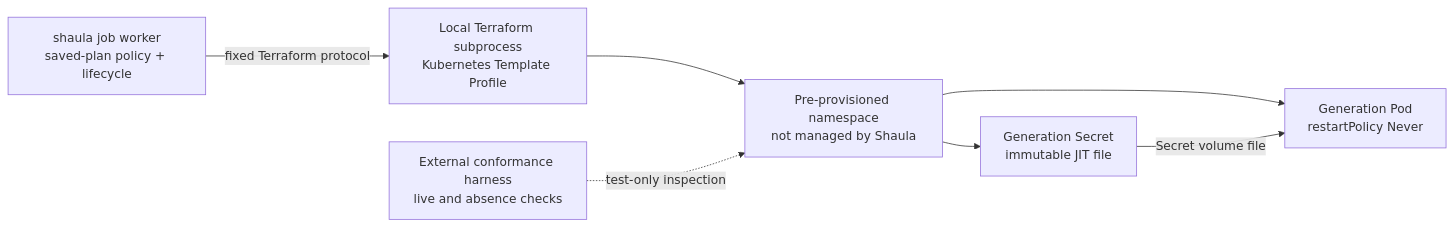
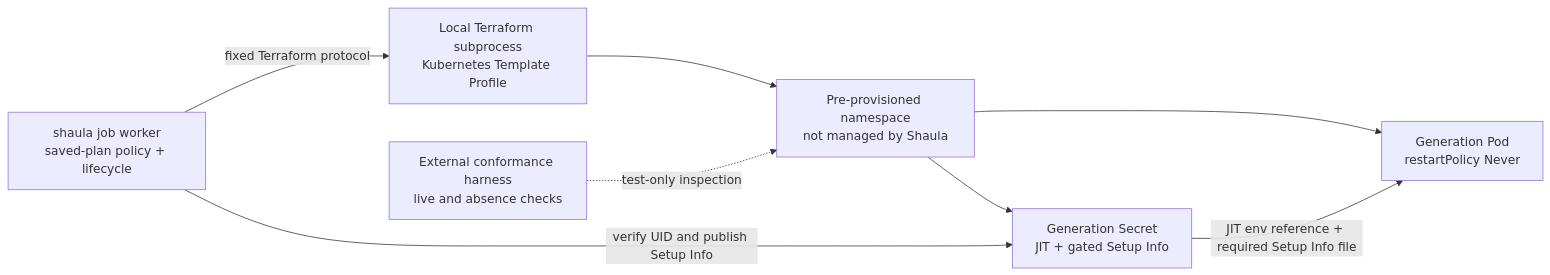
Before and after one commit to 5aaee9/shaula: the diagram in docs/specs/0003-kubernetes-runner-resource.md, drawn with Mermaid. The commit also changed other lines of this file and 97 other files, not shown here.

````diff
--- a/docs/specs/0003-kubernetes-runner-resource.md
+++ b/docs/specs/0003-kubernetes-runner-resource.md
@@ -23,16 +21,17 @@
 ```mermaid
 flowchart LR
     Core["shaula job worker<br/>saved-plan policy + lifecycle"]
     TF["Local Terraform subprocess<br/>Kubernetes Template Profile"]
     Namespace["Pre-provisioned namespace<br/>not managed by Shaula"]
-    Secret["Generation Secret<br/>immutable JIT file"]
+    Secret["Generation Secret<br/>JIT + gated Setup Info"]
     Pod["Generation Pod<br/>restartPolicy Never"]
     Harness["External conformance harness<br/>live and absence checks"]
 
     Core -->|"fixed Terraform protocol"| TF
     TF --> Namespace
     Namespace --> Secret
     Namespace --> Pod
-    Secret -->|"Secret volume file"| Pod
+    Secret -->|"JIT env reference + required Setup Info file"| Pod
+    Core -->|"verify UID and publish Setup Info"| Secret
     Harness -.->|"test-only inspection"| Namespace
 ```
````
